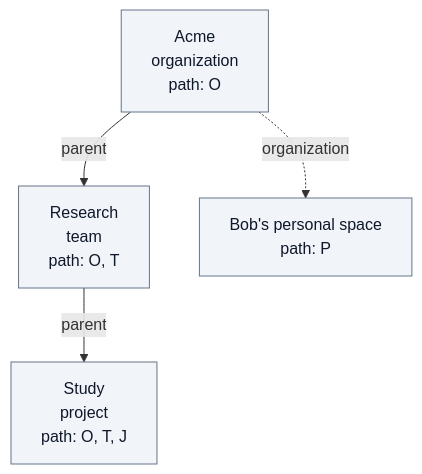
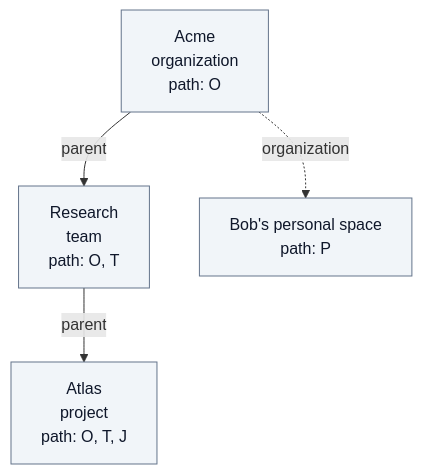
One commit to ThalesGroup/fred changed the diagram in docs/architecture/A8-organizations.md. Above: the diagram before and after it, drawn with Mermaid. The commit also changed other lines of this file and 25 other files, not shown here.

````diff
--- a/docs/architecture/A8-organizations.md
+++ b/docs/architecture/A8-organizations.md
@@ -106,13 +105,13 @@
 ```mermaid
 flowchart TB
     acme["Acme<br/>organization<br/>path: O"]
     research["Research<br/>team<br/>path: O, T"]
     personal["Bob's personal space<br/>path: P"]
-    project["Study<br/>project<br/>path: O, T, J"]
+    project["Atlas<br/>project<br/>path: O, T, J"]
     acme -- parent --> research
     research -- parent --> project
     acme -. organization .-> personal
 
     classDef neutral fill:#F1F5F9,stroke:#64748B,color:#0F172A
     class acme,research,personal,project neutral
 ```
````
